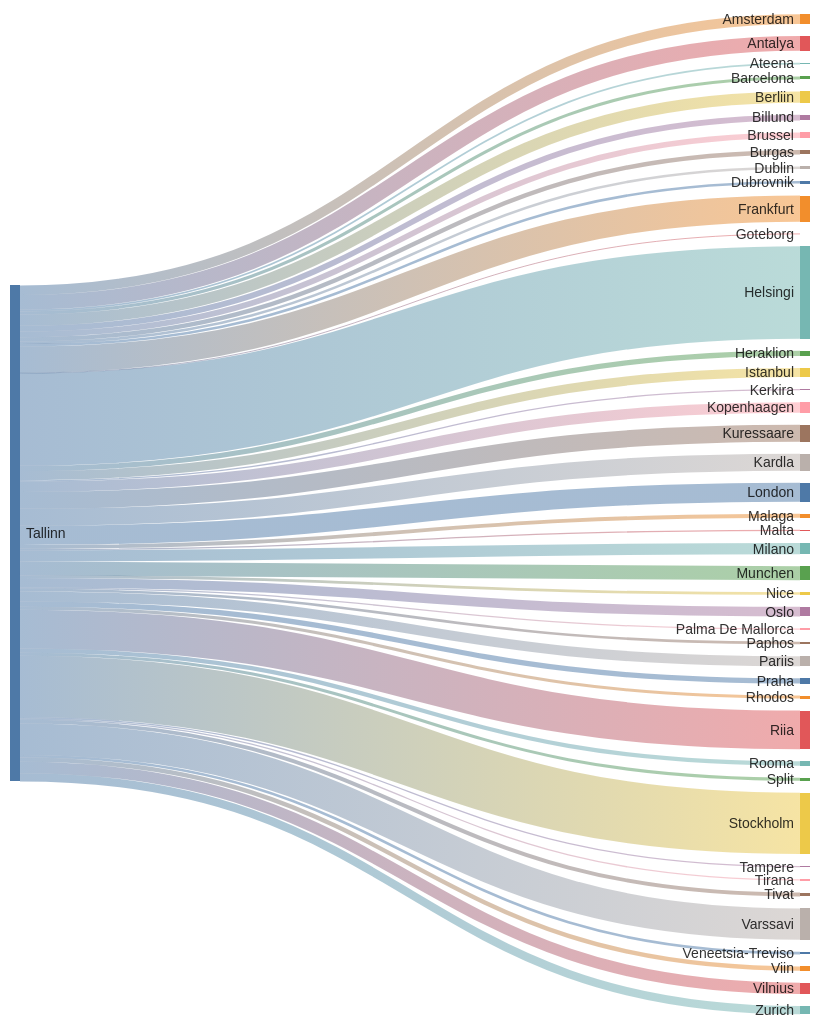
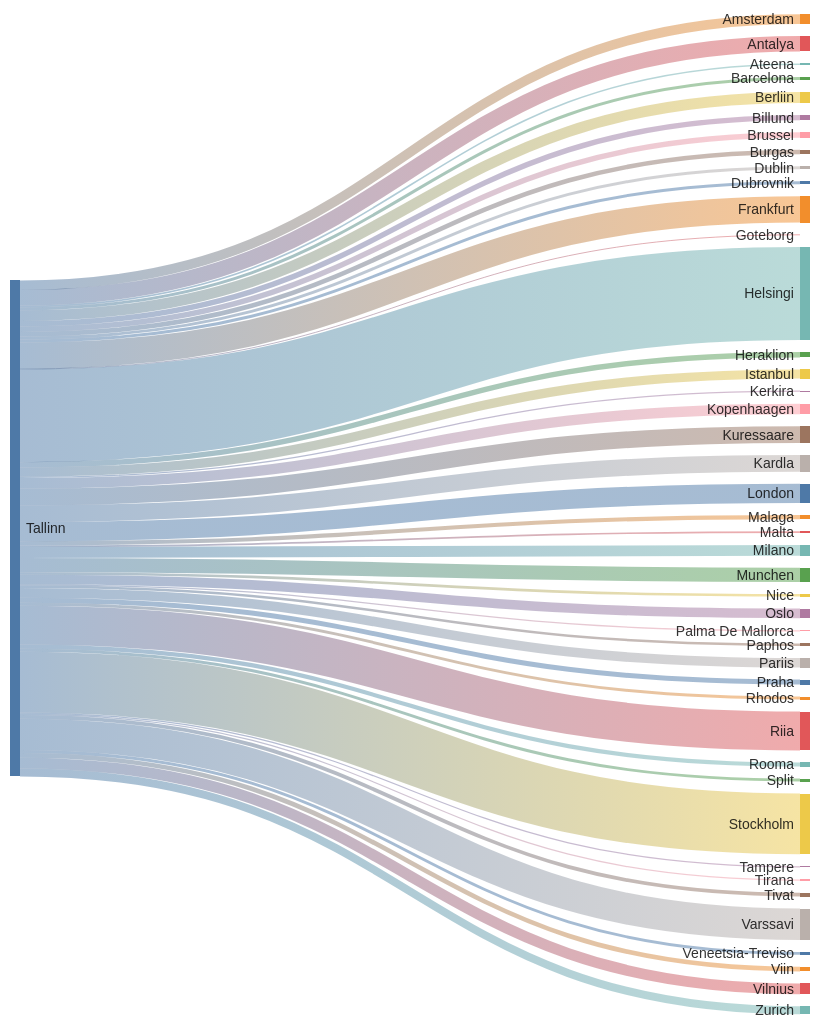
One commit to rainermesi/tll-airport-departures changed the second of 2 diagrams in README.md. Above: the diagram before and after it, drawn with Mermaid. The commit also changed other lines of this file, not shown here.

````diff
--- a/README.md
+++ b/README.md
@@ -34,56 +34,56 @@
 ```mermaid
 ---
 config:
   sankey:
     showValues: false
     width: 800
     height: 1000
 ---
 sankey-beta
 %% source,target,value
-Tallinn,Amsterdam,22
-Tallinn,Antalya,34
+Tallinn,Amsterdam,23
+Tallinn,Antalya,37
 Tallinn,Ateena,4
 Tallinn,Barcelona,7
 Tallinn,Berliin,26
 Tallinn,Billund,13
 Tallinn,Brussel,13
-Tallinn,Burgas,10
-Tallinn,Dublin,6
-Tallinn,Dubrovnik,6
-Tallinn,Frankfurt,60
+Tallinn,Burgas,11
+Tallinn,Dublin,7
+Tallinn,Dubrovnik,7
+Tallinn,Frankfurt,63
 Tallinn,Goteborg,1
-Tallinn,Helsingi,213
-Tallinn,Heraklion,12
-Tallinn,Istanbul,21
+Tallinn,Helsingi,222
+Tallinn,Heraklion,13
+Tallinn,Istanbul,22
 Tallinn,Kerkira,3
-Tallinn,Kopenhaagen,24
-Tallinn,Kuressaare,39
-Tallinn,Kardla,39
-Tallinn,London,44
-Tallinn,Malaga,9
-Tallinn,Malta,3
+Tallinn,Kopenhaagen,25
+Tallinn,Kuressaare,40
+Tallinn,Kardla,40
+Tallinn,London,46
+Tallinn,Malaga,10
+Tallinn,Malta,4
 Tallinn,Milano,26
-Tallinn,Munchen,32
+Tallinn,Munchen,34
 Tallinn,Nice,6
-Tallinn,Oslo,22
+Tallinn,Oslo,23
 Tallinn,Palma De Mallorca,3
 Tallinn,Paphos,6
 Tallinn,Pariis,23
 Tallinn,Praha,12
 Tallinn,Rhodos,7
-Tallinn,Riia,89
+Tallinn,Riia,93
 Tallinn,Rooma,10
 Tallinn,Split,7
-Tallinn,Stockholm,141
+Tallinn,Stockholm,145
 Tallinn,Tampere,3
 Tallinn,Tirana,3
 Tallinn,Tivat,9
-Tallinn,Varssavi,72
-Tallinn,Veneetsia-Treviso,6
-Tallinn,Viin,10
+Tallinn,Varssavi,75
+Tallinn,Veneetsia-Treviso,7
+Tallinn,Viin,11
 Tallinn,Vilnius,26
 Tallinn,Zurich,19
 
 
 ```
````
